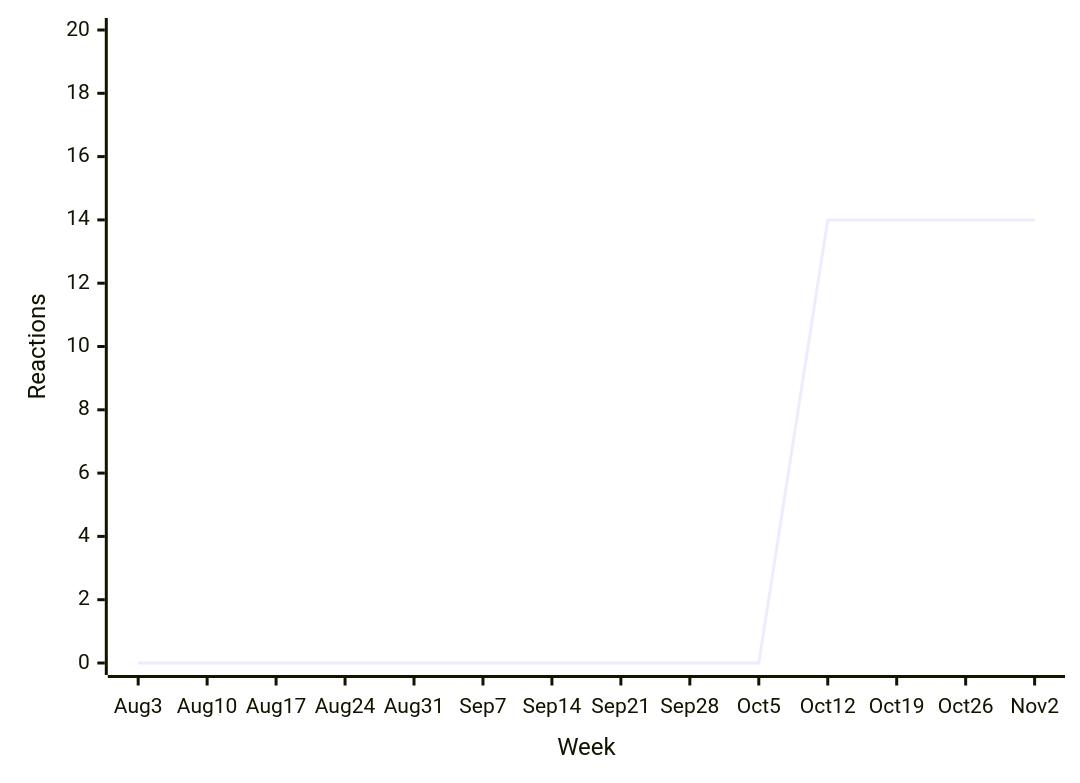
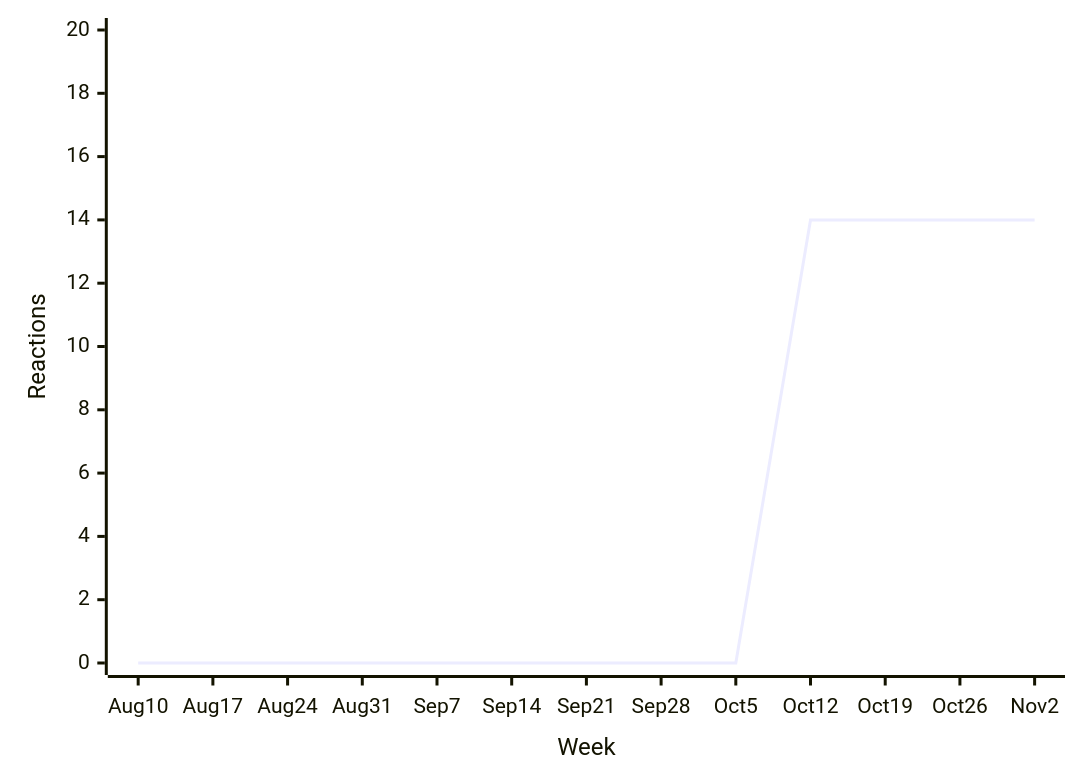
One commit to loic-sharma/github-insights changed diagram 13 of 40 in README.md. Above: the diagram before and after it, drawn with Mermaid. The commit also changed other lines of this file and 3 other files, not shown here.

````diff
--- a/README.md
+++ b/README.md
@@ -528,6 +528,6 @@
   ```mermaid
   xychart-beta
-    x-axis "Week" [Aug 3, Aug 10, Aug 17, Aug 24, Aug 31, Sep 7, Sep 14, Sep 21, Sep 28, Oct 5, Oct 12, Oct 19, Oct 26, Nov 2]
+    x-axis "Week" [Aug 10, Aug 17, Aug 24, Aug 31, Sep 7, Sep 14, Sep 21, Sep 28, Oct 5, Oct 12, Oct 19, Oct 26, Nov 2]
     y-axis "Reactions" 0 --> 20
-    line [0, 0, 0, 0, 0, 0, 0, 0, 0, 0, 14, 14, 14, 14]
+    line [0, 0, 0, 0, 0, 0, 0, 0, 0, 14, 14, 14, 14]
   ```
````
